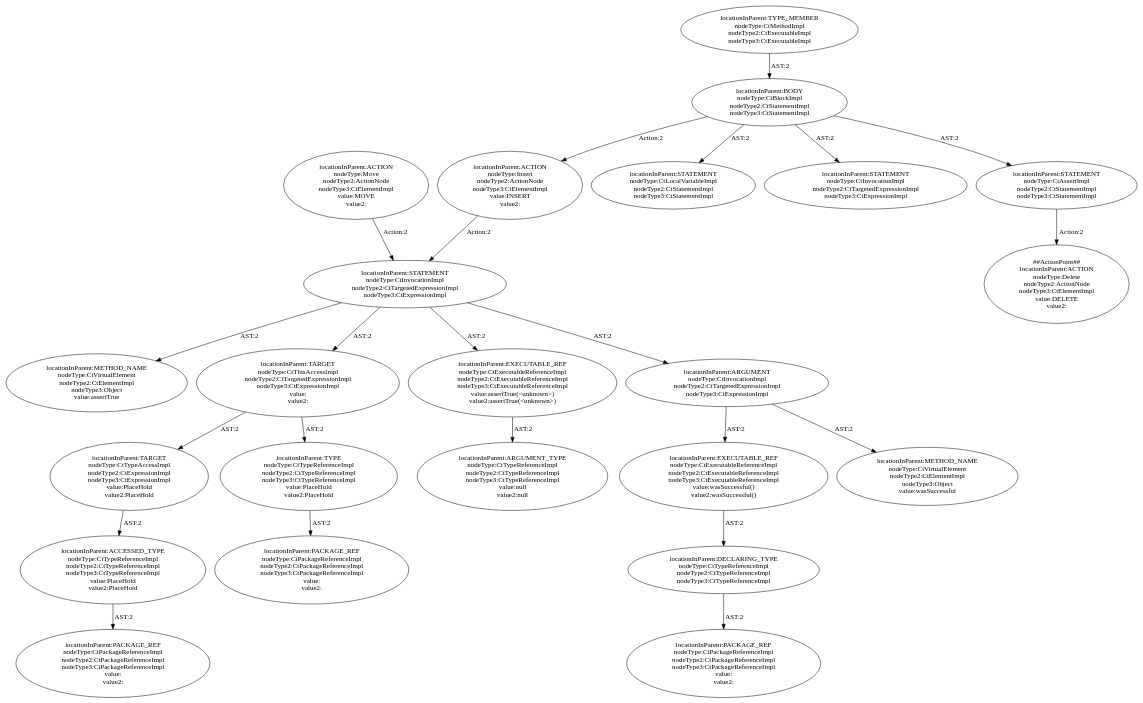
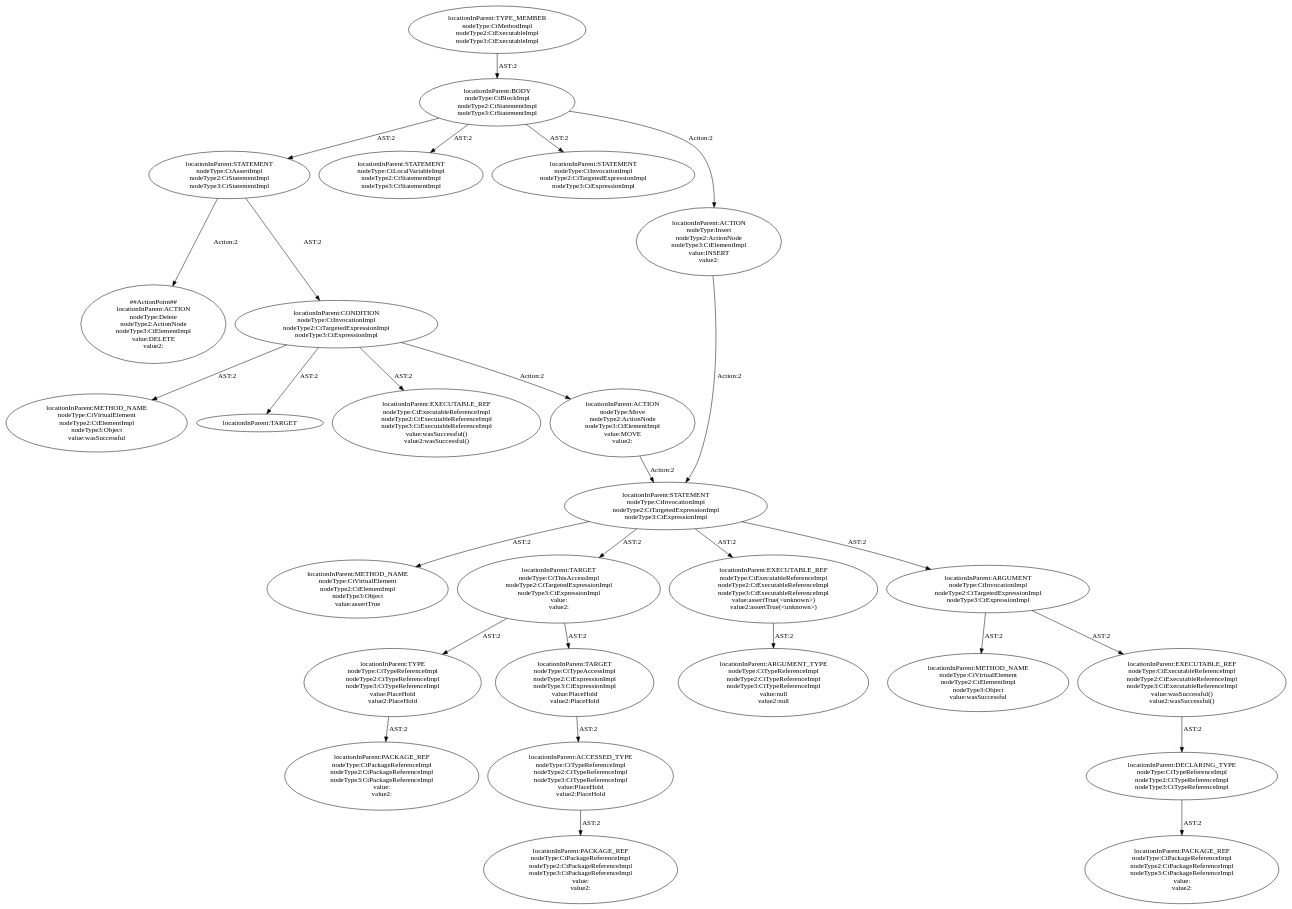
The diagram in codegraph4spoon/out/c3_junit_19_pattern_abstract_0.dot (ssmingz/FixGen), drawn with Graphviz before and after one commit. The commit also changed 3 other files, not shown here.

Commit message:
fix pattern-extraction:"node matching confusion between Variable and VariableReference"

```diff
--- a/codegraph4spoon/out/c3_junit_19_pattern_abstract_0.dot
+++ b/codegraph4spoon/out/c3_junit_19_pattern_abstract_0.dot
@@ -1,145 +1,166 @@
 digraph "Pattern" {
 0 [label="##ActionPoint##
 locationInParent:ACTION
 nodeType:Delete
 nodeType2:ActionNode
 nodeType3:CtElementImpl
 value:DELETE
 value2:" shape=ellipse]
 1 [label="locationInParent:STATEMENT
 nodeType:CtAssertImpl
 nodeType2:CtStatementImpl
 nodeType3:CtStatementImpl" shape=ellipse]
 2 [label="locationInParent:BODY
 nodeType:CtBlockImpl
 nodeType2:CtStatementImpl
 nodeType3:CtStatementImpl" shape=ellipse]
 3 [label="locationInParent:TYPE_MEMBER
 nodeType:CtMethodImpl
 nodeType2:CtExecutableImpl
 nodeType3:CtExecutableImpl" shape=ellipse]
 4 [label="locationInParent:STATEMENT
 nodeType:CtLocalVariableImpl
 nodeType2:CtStatementImpl
 nodeType3:CtStatementImpl" shape=ellipse]
 5 [label="locationInParent:STATEMENT
 nodeType:CtInvocationImpl
 nodeType2:CtTargetedExpressionImpl
 nodeType3:CtExpressionImpl" shape=ellipse]
 6 [label="locationInParent:ACTION
 nodeType:Insert
 nodeType2:ActionNode
 nodeType3:CtElementImpl
 value:INSERT
 value2:" shape=ellipse]
 7 [label="locationInParent:STATEMENT
 nodeType:CtInvocationImpl
 nodeType2:CtTargetedExpressionImpl
 nodeType3:CtExpressionImpl" shape=ellipse]
 8 [label="locationInParent:METHOD_NAME
 nodeType:CtVirtualElement
 nodeType2:CtElementImpl
 nodeType3:Object
 value:assertTrue" shape=ellipse]
 9 [label="locationInParent:TARGET
 nodeType:CtThisAccessImpl
 nodeType2:CtTargetedExpressionImpl
 nodeType3:CtExpressionImpl
 value:
 value2:" shape=ellipse]
 10 [label="locationInParent:TYPE
 nodeType:CtTypeReferenceImpl
 nodeType2:CtTypeReferenceImpl
 nodeType3:CtTypeReferenceImpl
 value:PlaceHold
 value2:PlaceHold" shape=ellipse]
 11 [label="locationInParent:PACKAGE_REF
 nodeType:CtPackageReferenceImpl
 nodeType2:CtPackageReferenceImpl
 nodeType3:CtPackageReferenceImpl
 value:
 value2:" shape=ellipse]
 12 [label="locationInParent:TARGET
 nodeType:CtTypeAccessImpl
 nodeType2:CtExpressionImpl
 nodeType3:CtExpressionImpl
 value:PlaceHold
 value2:PlaceHold" shape=ellipse]
 13 [label="locationInParent:ACCESSED_TYPE
 nodeType:CtTypeReferenceImpl
 nodeType2:CtTypeReferenceImpl
 nodeType3:CtTypeReferenceImpl
 value:PlaceHold
 value2:PlaceHold" shape=ellipse]
 14 [label="locationInParent:PACKAGE_REF
 nodeType:CtPackageReferenceImpl
 nodeType2:CtPackageReferenceImpl
 nodeType3:CtPackageReferenceImpl
 value:
 value2:" shape=ellipse]
 15 [label="locationInParent:EXECUTABLE_REF
 nodeType:CtExecutableReferenceImpl
 nodeType2:CtExecutableReferenceImpl
 nodeType3:CtExecutableReferenceImpl
 value:assertTrue(<unknown>)
 value2:assertTrue(<unknown>)" shape=ellipse]
 16 [label="locationInParent:ARGUMENT_TYPE
 nodeType:CtTypeReferenceImpl
 nodeType2:CtTypeReferenceImpl
 nodeType3:CtTypeReferenceImpl
 value:null
 value2:null" shape=ellipse]
 17 [label="locationInParent:ARGUMENT
 nodeType:CtInvocationImpl
 nodeType2:CtTargetedExpressionImpl
 nodeType3:CtExpressionImpl" shape=ellipse]
 18 [label="locationInParent:METHOD_NAME
 nodeType:CtVirtualElement
 nodeType2:CtElementImpl
 nodeType3:Object
 value:wasSuccessful" shape=ellipse]
 19 [label="locationInParent:EXECUTABLE_REF
 nodeType:CtExecutableReferenceImpl
 nodeType2:CtExecutableReferenceImpl
 nodeType3:CtExecutableReferenceImpl
 value:wasSuccessful()
 value2:wasSuccessful()" shape=ellipse]
 20 [label="locationInParent:DECLARING_TYPE
 nodeType:CtTypeReferenceImpl
 nodeType2:CtTypeReferenceImpl
 nodeType3:CtTypeReferenceImpl" shape=ellipse]
 21 [label="locationInParent:PACKAGE_REF
 nodeType:CtPackageReferenceImpl
 nodeType2:CtPackageReferenceImpl
 nodeType3:CtPackageReferenceImpl
 value:
 value2:" shape=ellipse]
-22 [label="locationInParent:ACTION
+22 [label="locationInParent:CONDITION
+nodeType:CtInvocationImpl
+nodeType2:CtTargetedExpressionImpl
+nodeType3:CtExpressionImpl" shape=ellipse]
+23 [label="locationInParent:METHOD_NAME
+nodeType:CtVirtualElement
+nodeType2:CtElementImpl
+nodeType3:Object
+value:wasSuccessful" shape=ellipse]
+24 [label="locationInParent:TARGET" shape=ellipse]
+25 [label="locationInParent:EXECUTABLE_REF
+nodeType:CtExecutableReferenceImpl
+nodeType2:CtExecutableReferenceImpl
+nodeType3:CtExecutableReferenceImpl
+value:wasSuccessful()
+value2:wasSuccessful()" shape=ellipse]
+26 [label="locationInParent:ACTION
 nodeType:Move
 nodeType2:ActionNode
 nodeType3:CtElementImpl
 value:MOVE
 value2:" shape=ellipse]
 1 -> 0 [label="Action:2"];
+1 -> 22 [label="AST:2"];
 2 -> 1 [label="AST:2"];
 2 -> 4 [label="AST:2"];
 2 -> 5 [label="AST:2"];
 2 -> 6 [label="Action:2"];
 3 -> 2 [label="AST:2"];
 6 -> 7 [label="Action:2"];
 7 -> 8 [label="AST:2"];
 7 -> 9 [label="AST:2"];
 7 -> 15 [label="AST:2"];
 7 -> 17 [label="AST:2"];
 9 -> 10 [label="AST:2"];
 9 -> 12 [label="AST:2"];
 10 -> 11 [label="AST:2"];
 12 -> 13 [label="AST:2"];
 13 -> 14 [label="AST:2"];
 15 -> 16 [label="AST:2"];
 17 -> 18 [label="AST:2"];
 17 -> 19 [label="AST:2"];
 19 -> 20 [label="AST:2"];
 20 -> 21 [label="AST:2"];
-22 -> 7 [label="Action:2"];
+22 -> 23 [label="AST:2"];
+22 -> 24 [label="AST:2"];
+22 -> 25 [label="AST:2"];
+22 -> 26 [label="Action:2"];
+26 -> 7 [label="Action:2"];
 }
```
